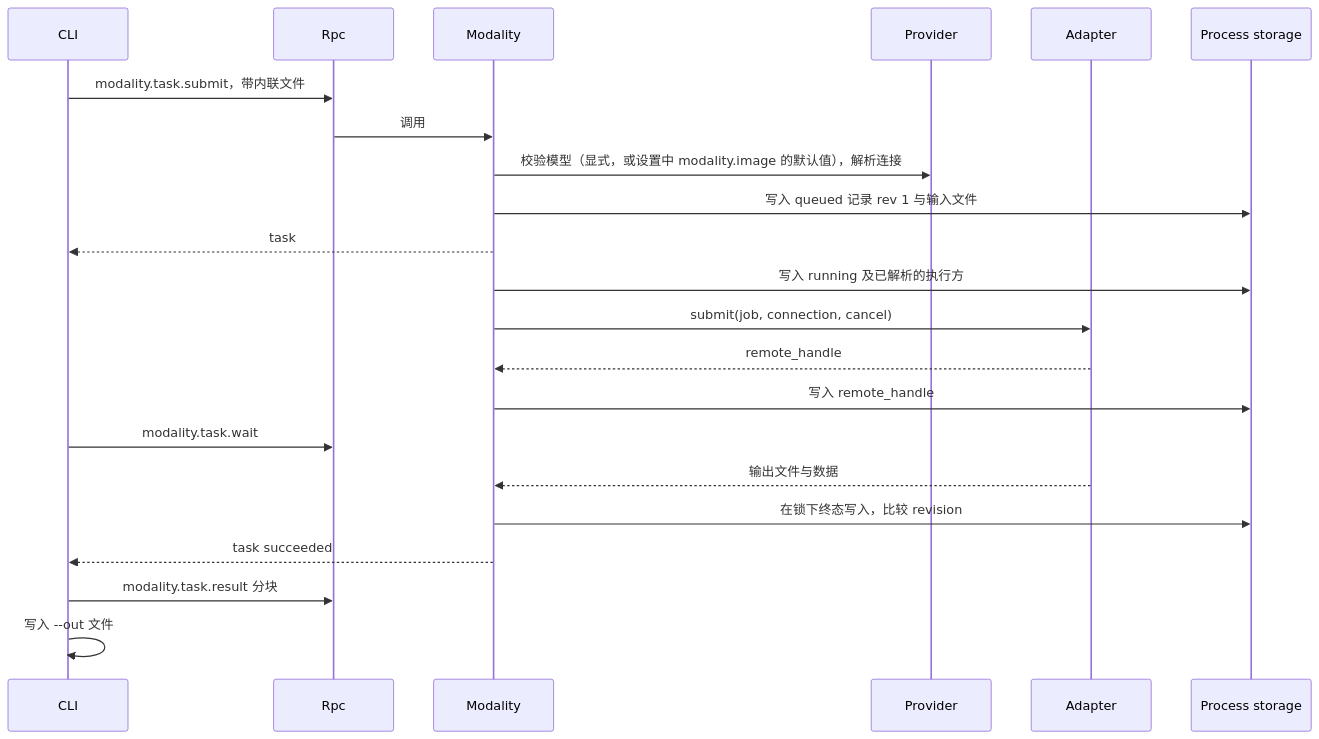
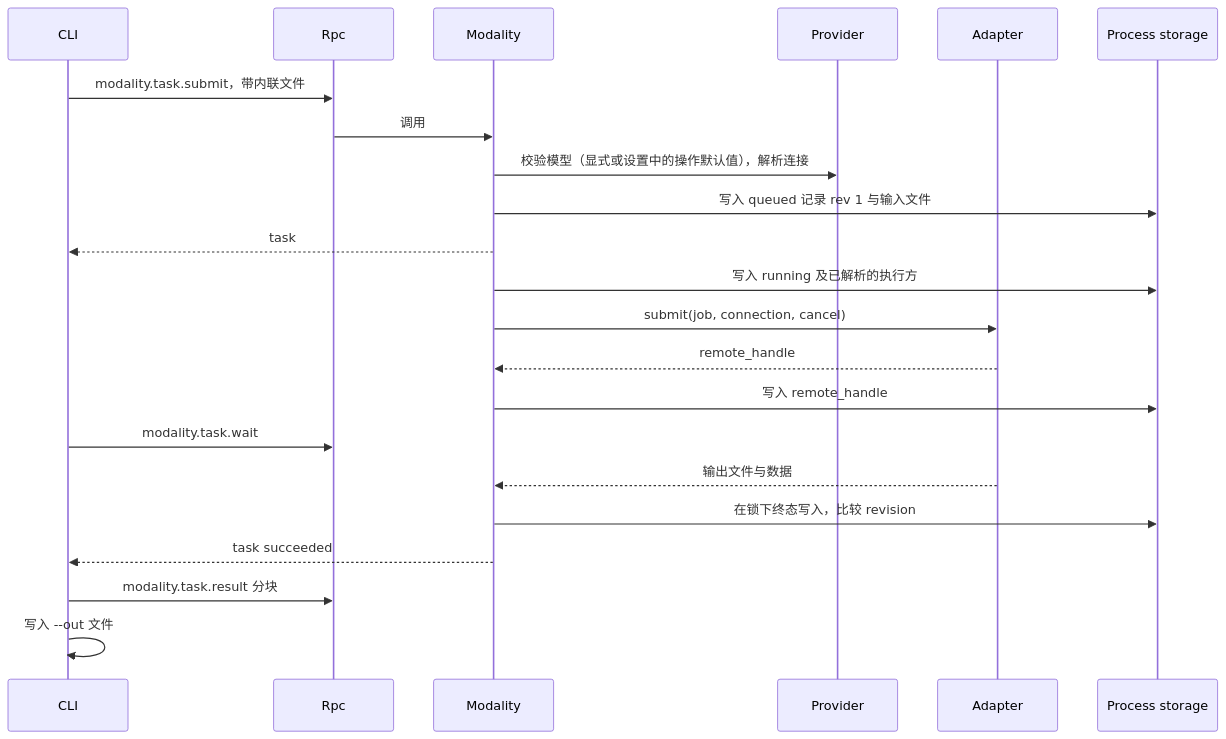
The third of 6 diagrams in docs/zh/design/plugins/Modality.md (CoutinhoTTS/dim-agent), drawn with Mermaid before and after one commit. The commit also changed other lines of this file, not shown here.

First line of the commit message:
docs(zh): mirror the Modality contract changes (#737)

````diff
--- a/docs/zh/design/plugins/Modality.md
+++ b/docs/zh/design/plugins/Modality.md
@@ -81,24 +92,24 @@
 ```mermaid
 sequenceDiagram
   participant C as CLI
   participant R as Rpc
   participant D as Modality
   participant P as Provider
   participant A as Adapter
   participant S as Process storage
   C->>R: modality.task.submit，带内联文件
   R->>D: 调用
-  D->>P: 校验模型（显式，或设置中 modality.image 的默认值），解析连接
+  D->>P: 校验模型（显式或设置中的操作默认值），解析连接
   D->>S: 写入 queued 记录 rev 1 与输入文件
   D-->>C: task
   D->>S: 写入 running 及已解析的执行方
   D->>A: submit(job, connection, cancel)
   A-->>D: remote_handle
   D->>S: 写入 remote_handle
   C->>R: modality.task.wait
   A-->>D: 输出文件与数据
   D->>S: 在锁下终态写入，比较 revision
   D-->>C: task succeeded
   C->>R: modality.task.result 分块
   C->>C: 写入 --out 文件
 ```
````
